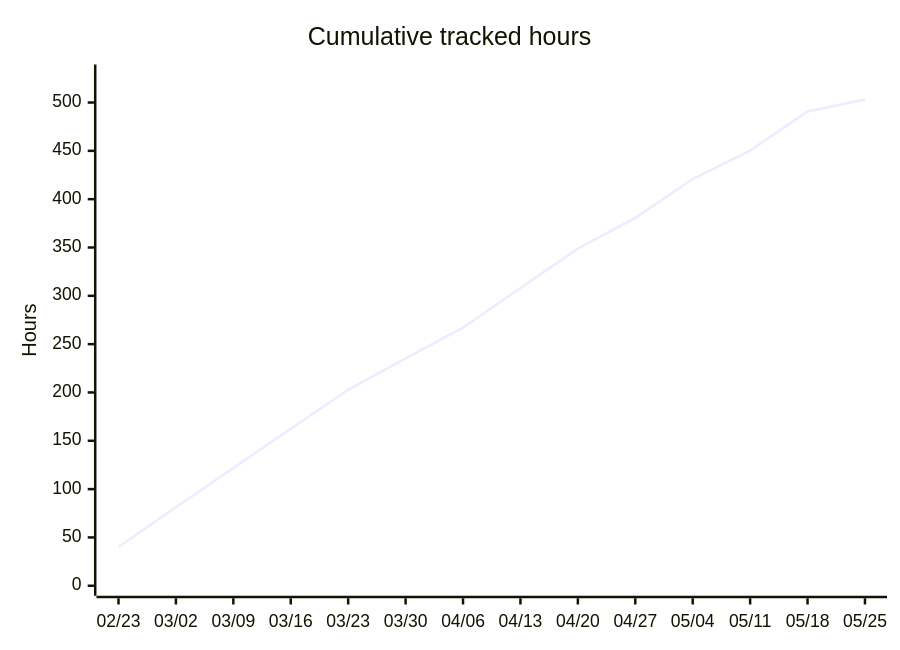
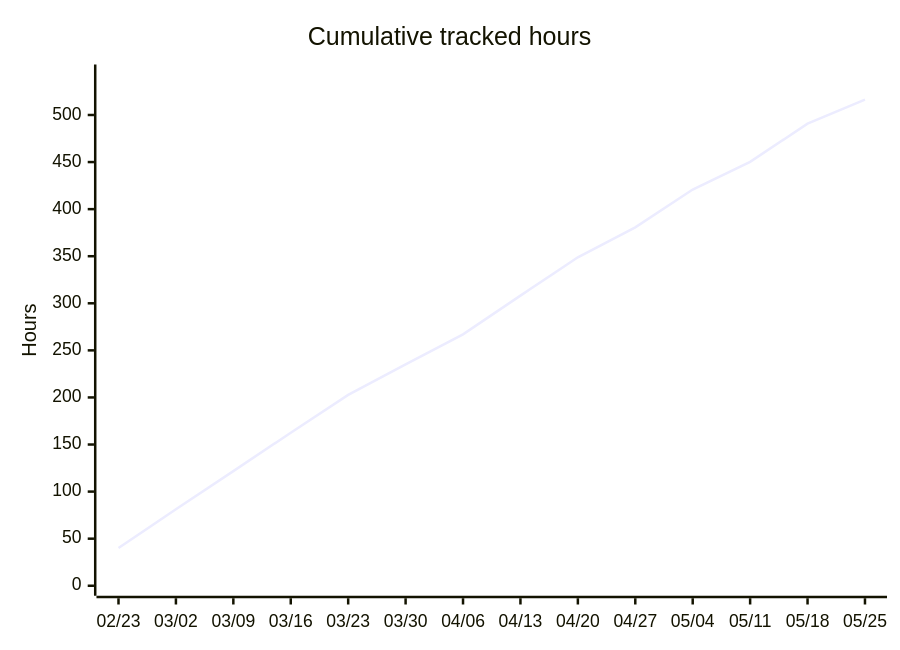
One commit to albinforsberg-netizen/timeclock changed the fifth of 5 diagrams in README.org. Above: the diagram before and after it, drawn with Mermaid. The commit also changed other lines of this file, not shown here.

```diff
--- a/README.org
+++ b/README.org
@@ -125,7 +125,7 @@
 #+begin_src mermaid
 xychart-beta
     title "Cumulative tracked hours"
     x-axis ["02/23", "03/02", "03/09", "03/16", "03/23", "03/30", "04/06", "04/13", "04/20", "04/27", "05/04", "05/11", "05/18", "05/25"]
-    y-axis "Hours" 0 --> 529
-    line [40.00, 81.25, 121.75, 162.50, 202.75, 235.19, 267.03, 308.11, 348.83, 380.71, 420.81, 450.20, 490.81, 503.23]
+    y-axis "Hours" 0 --> 543
+    line [40.00, 81.25, 121.75, 162.50, 202.75, 235.19, 267.03, 308.11, 348.83, 380.71, 420.81, 450.20, 490.81, 516.31]
 #+end_src
```
